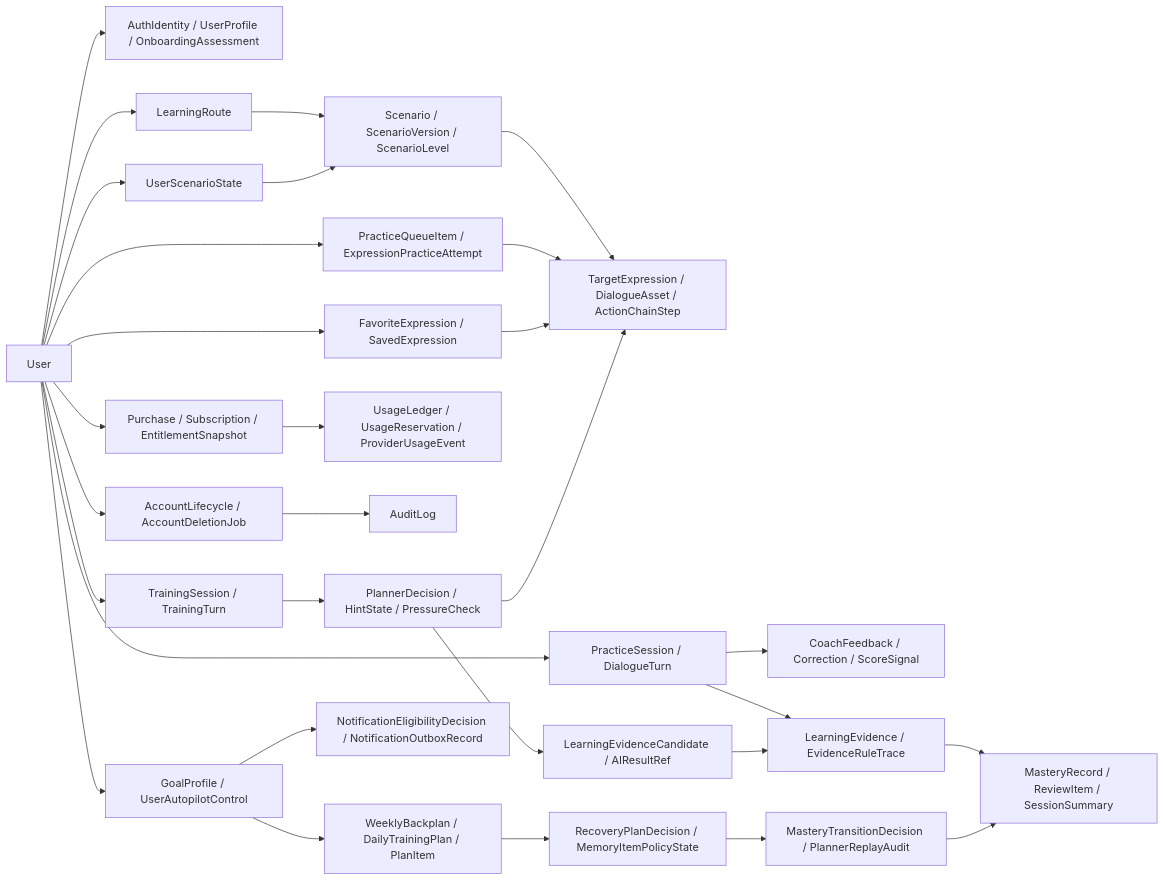
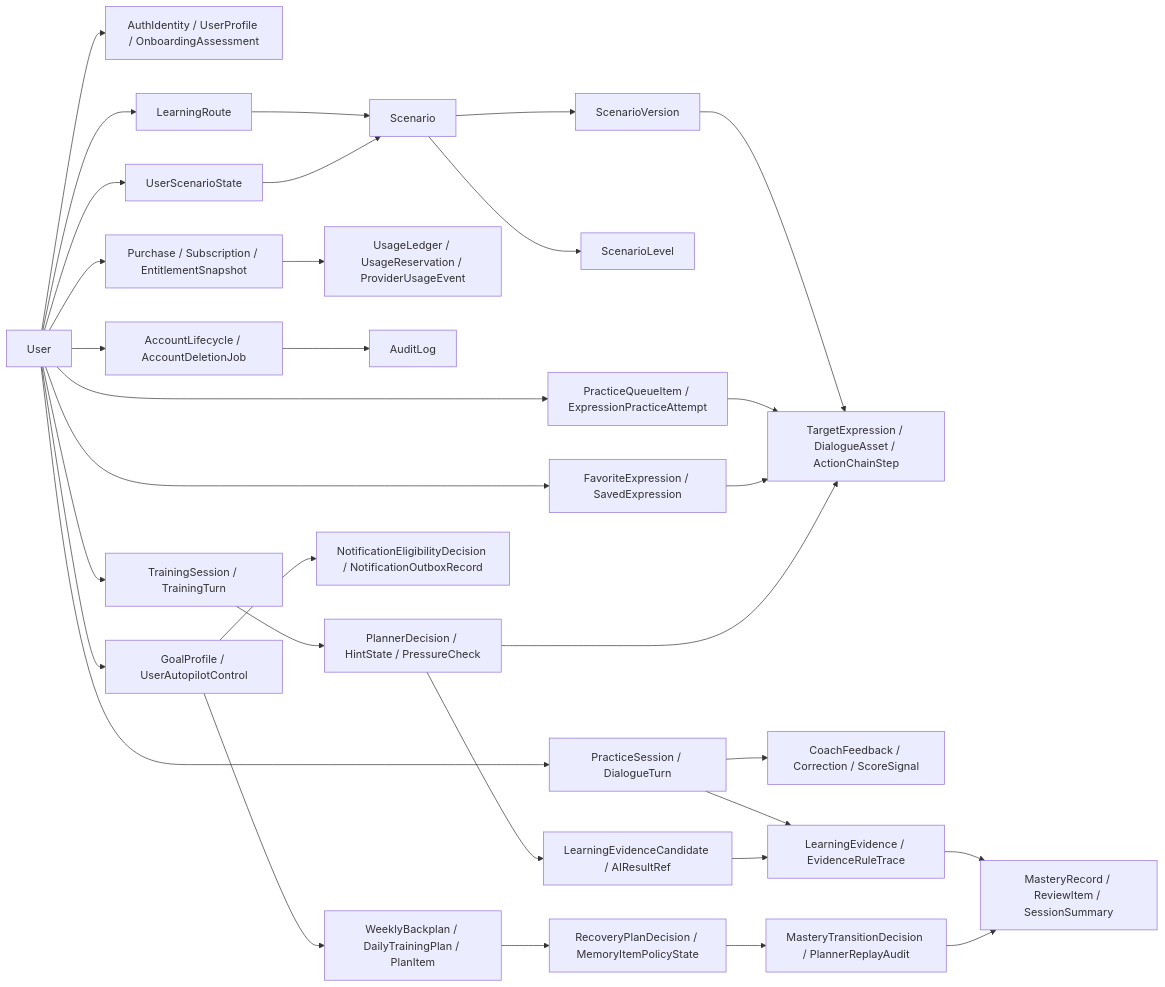
One commit to tomzengzone/speakeasy changed the diagram in docs/domain/entity_relationship.md. Above: the diagram before and after it, drawn with Mermaid. The commit also changed other lines of this file and 157 other files, not shown here.

````diff
--- a/docs/domain/entity_relationship.md
+++ b/docs/domain/entity_relationship.md
@@ -27,37 +27,39 @@
 ```mermaid
 flowchart LR
   User["User"] --> Identity["AuthIdentity / UserProfile / OnboardingAssessment"]
   User --> Route["LearningRoute"]
   User --> UserScenarioState["UserScenarioState"]
-  Route --> Scenario["Scenario / ScenarioVersion / ScenarioLevel"]
+  Route --> Scenario["Scenario"]
   UserScenarioState --> Scenario
-  Scenario --> Expression["TargetExpression / DialogueAsset / ActionChainStep"]
+  Scenario --> ScenarioVersion["ScenarioVersion"]
+  Scenario --> ScenarioLevel["ScenarioLevel"]
+  ScenarioVersion --> Expression["TargetExpression / DialogueAsset / ActionChainStep"]
 
   User --> Practice["PracticeSession / DialogueTurn"]
   Practice --> Feedback["CoachFeedback / Correction / ScoreSignal"]
   Practice --> Evidence["LearningEvidence / EvidenceRuleTrace"]
   Evidence --> Mastery["MasteryRecord / ReviewItem / SessionSummary"]
 
   User --> Queue["PracticeQueueItem / ExpressionPracticeAttempt"]
   Queue --> Expression
   User --> Favorites["FavoriteExpression / SavedExpression"]
   Favorites --> Expression
 
   User --> Commerce["Purchase / Subscription / EntitlementSnapshot"]
   Commerce --> Usage["UsageLedger / UsageReservation / ProviderUsageEvent"]
   User --> Deletion["AccountLifecycle / AccountDeletionJob"]
   Deletion --> Audit["AuditLog"]
 
   User --> Training["TrainingSession / TrainingTurn"]
   Training --> Planner["PlannerDecision / HintState / PressureCheck"]
   Planner --> Expression
   Planner --> EvidenceCandidate["LearningEvidenceCandidate / AIResultRef"]
   EvidenceCandidate --> Evidence
 
   User --> GoalAutopilot["GoalProfile / UserAutopilotControl"]
   GoalAutopilot --> GoalPlan["WeeklyBackplan / DailyTrainingPlan / PlanItem"]
   GoalAutopilot --> GoalNotify["NotificationEligibilityDecision / NotificationOutboxRecord"]
   GoalPlan --> GoalMemory["RecoveryPlanDecision / MemoryItemPolicyState"]
   GoalMemory --> GoalMastery["MasteryTransitionDecision / PlannerReplayAudit"]
   GoalMastery --> Mastery
 ```
````
